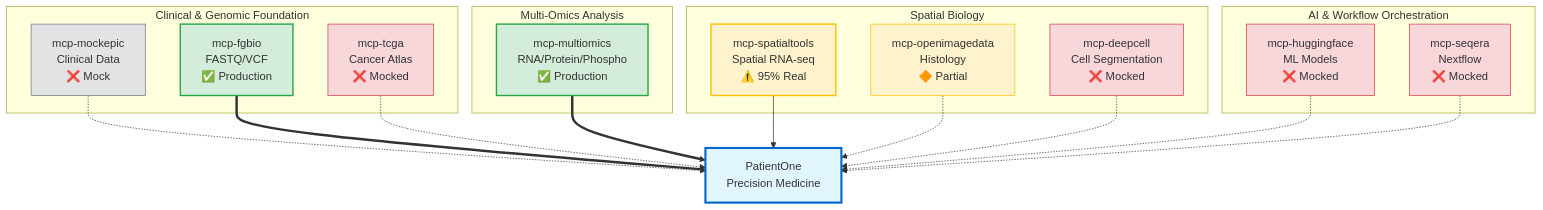
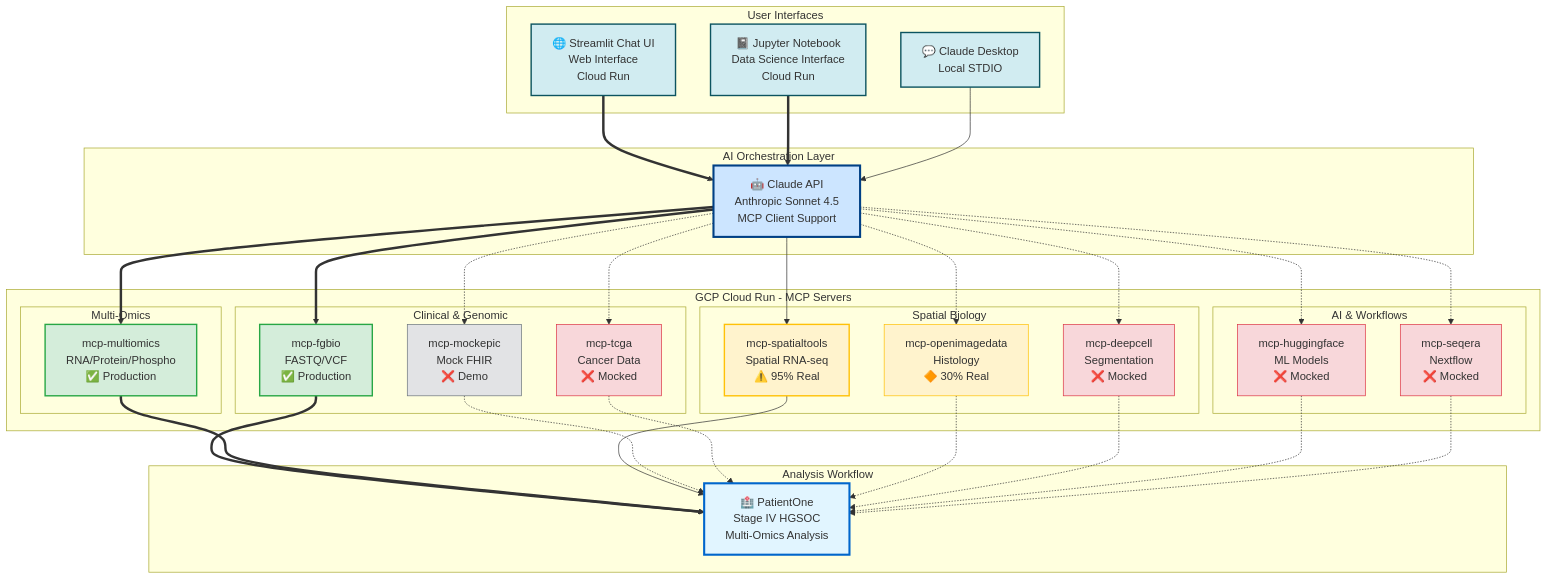
One commit to lynnlangit/precision-medicine-mcp changed the diagram in README.md. Above: the diagram before and after it, drawn with Mermaid. The commit also changed other lines of this file, not shown here.

First paragraph of the commit message:
Update architecture diagram to show complete system
Updated Mermaid diagram to reflect the actual deployed architecture:

````diff
--- a/README.md
+++ b/README.md
@@ -117,44 +117,78 @@
 ```mermaid
-graph TD
-    subgraph "Clinical & Genomic Foundation"
-        EPIC[mcp-mockepic<br/>Clinical Data<br/>❌ Mock]
-        FGBIO[mcp-fgbio<br/>FASTQ/VCF<br/>✅ Production]
-        TCGA[mcp-tcga<br/>Cancer Atlas<br/>❌ Mocked]
+graph TB
+    subgraph "User Interfaces"
+        STREAMLIT[🌐 Streamlit Chat UI<br/>Web Interface<br/>Cloud Run]
+        JUPYTER[📓 Jupyter Notebook<br/>Data Science Interface<br/>Cloud Run]
+        DESKTOP[💬 Claude Desktop<br/>Local STDIO]
     end
 
-    subgraph "Multi-Omics Analysis"
-        MULTI[mcp-multiomics<br/>RNA/Protein/Phospho<br/>✅ Production]
+    subgraph "AI Orchestration Layer"
+        API[🤖 Claude API<br/>Anthropic Sonnet 4.5<br/>MCP Client Support]
     end
 
-    subgraph "Spatial Biology"
-        SPATIAL[mcp-spatialtools<br/>Spatial RNA-seq<br/>⚠️ 95% Real]
-        IMAGE[mcp-openimagedata<br/>Histology<br/>🔶 Partial]
-        DEEPCELL[mcp-deepcell<br/>Cell Segmentation<br/>❌ Mocked]
+    subgraph "GCP Cloud Run - MCP Servers"
+        subgraph "Clinical & Genomic"
+            EPIC[mcp-mockepic<br/>Mock FHIR<br/>❌ Demo]
+            FGBIO[mcp-fgbio<br/>FASTQ/VCF<br/>✅ Production]
+            TCGA[mcp-tcga<br/>Cancer Data<br/>❌ Mocked]
+        end
+
+        subgraph "Multi-Omics"
+            MULTI[mcp-multiomics<br/>RNA/Protein/Phospho<br/>✅ Production]
+        end
+
+        subgraph "Spatial Biology"
+            SPATIAL[mcp-spatialtools<br/>Spatial RNA-seq<br/>⚠️ 95% Real]
+            IMAGE[mcp-openimagedata<br/>Histology<br/>🔶 30% Real]
+            DEEPCELL[mcp-deepcell<br/>Segmentation<br/>❌ Mocked]
+        end
+
+        subgraph "AI & Workflows"
+            HF[mcp-huggingface<br/>ML Models<br/>❌ Mocked]
+            SEQERA[mcp-seqera<br/>Nextflow<br/>❌ Mocked]
+        end
     end
 
-    subgraph "AI & Workflow Orchestration"
-        HF[mcp-huggingface<br/>ML Models<br/>❌ Mocked]
-        SEQERA[mcp-seqera<br/>Nextflow<br/>❌ Mocked]
+    subgraph "Analysis Workflow"
+        PATIENT[🏥 PatientOne<br/>Stage IV HGSOC<br/>Multi-Omics Analysis]
     end
 
-    EPIC -.-> PATIENT[PatientOne<br/>Precision Medicine]
+    STREAMLIT ==> API
+    JUPYTER ==> API
+    DESKTOP --> API
+
+    API ==> FGBIO
+    API ==> MULTI
+    API --> SPATIAL
+    API -.-> EPIC
+    API -.-> TCGA
+    API -.-> IMAGE
+    API -.-> DEEPCELL
+    API -.-> HF
+    API -.-> SEQERA
+
     FGBIO ==> PATIENT
-    TCGA -.-> PATIENT
     MULTI ==> PATIENT
     SPATIAL --> PATIENT
+    EPIC -.-> PATIENT
+    TCGA -.-> PATIENT
     IMAGE -.-> PATIENT
     DEEPCELL -.-> PATIENT
     HF -.-> PATIENT
     SEQERA -.-> PATIENT
 
+    style STREAMLIT fill:#d1ecf1,stroke:#0c5460,stroke-width:2px
+    style JUPYTER fill:#d1ecf1,stroke:#0c5460,stroke-width:2px
+    style DESKTOP fill:#d1ecf1,stroke:#0c5460,stroke-width:2px
+    style API fill:#cce5ff,stroke:#004085,stroke-width:3px
     style PATIENT fill:#e1f5ff,stroke:#0066cc,stroke-width:3px
     style FGBIO fill:#d4edda,stroke:#28a745,stroke-width:2px
     style MULTI fill:#d4edda,stroke:#28a745,stroke-width:2px
     style SPATIAL fill:#fff3cd,stroke:#ffc107,stroke-width:2px
     style IMAGE fill:#fff3cd,stroke:#ffc107,stroke-width:1px
     style TCGA fill:#f8d7da,stroke:#dc3545,stroke-width:1px
     style DEEPCELL fill:#f8d7da,stroke:#dc3545,stroke-width:1px
     style HF fill:#f8d7da,stroke:#dc3545,stroke-width:1px
     style SEQERA fill:#f8d7da,stroke:#dc3545,stroke-width:1px
     style EPIC fill:#e2e3e5,stroke:#6c757d,stroke-width:1px
 ```
````
